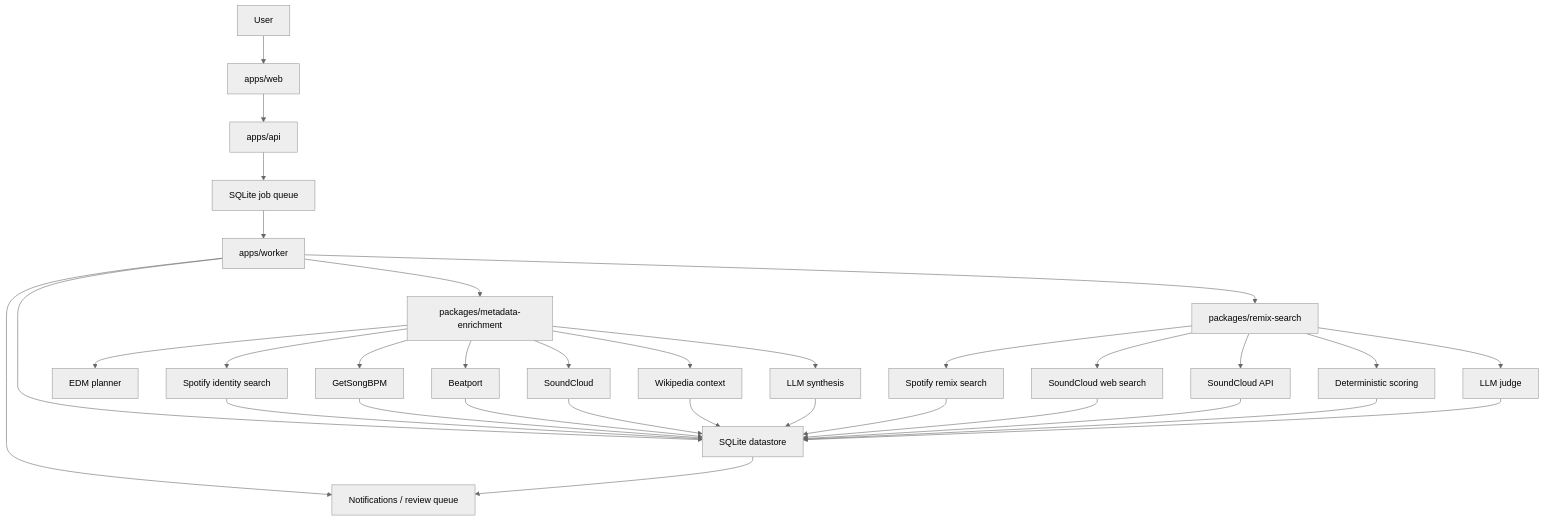
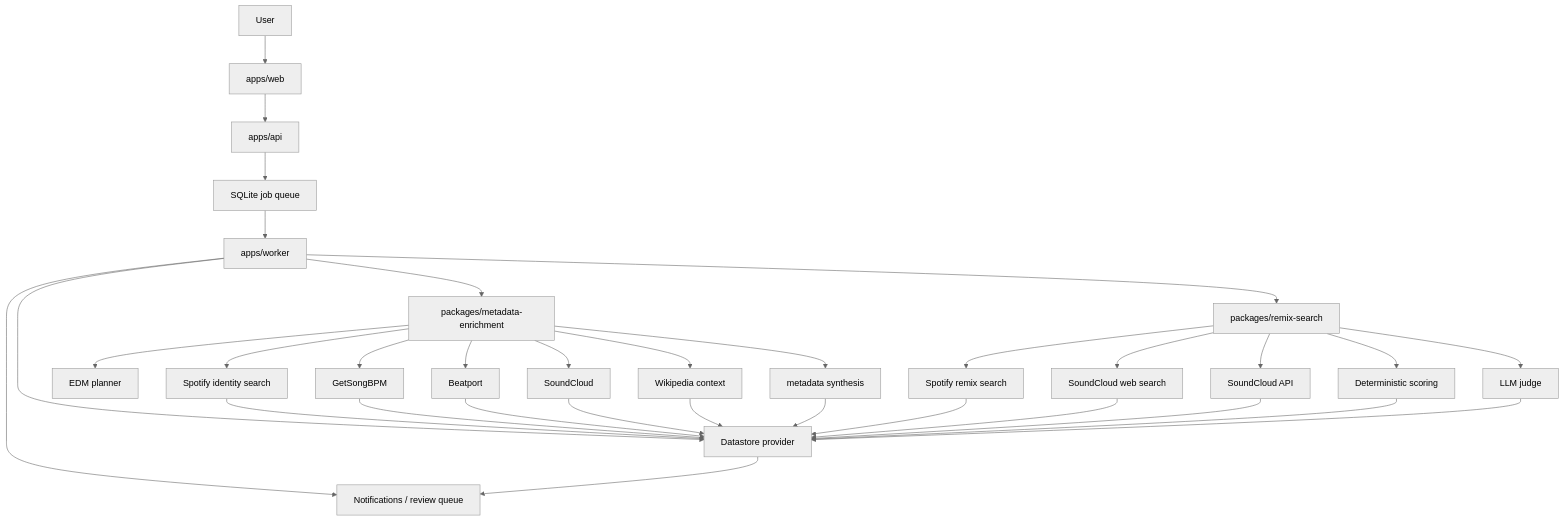
Before and after one commit to itaisinai/track-lab: the diagram in docs/system-architecture.md, drawn with Mermaid (neutral theme). The commit also changed other lines of this file and 35 other files, not shown here.

````diff
--- a/docs/system-architecture.md
+++ b/docs/system-architecture.md
@@ -5,41 +5,41 @@
 ```mermaid
 flowchart TD
   U[User] --> W[apps/web]
   W --> A[apps/api]
   A --> Q[SQLite job queue]
   Q --> R[apps/worker]
-  R --> D[SQLite datastore]
+  R --> D[Datastore provider]
 
   R --> P1[packages/metadata-enrichment]
   R --> P2[packages/remix-search]
 
   P1 --> S1[Spotify identity search]
   P1 --> S2[GetSongBPM]
   P1 --> S3[EDM planner]
   P1 --> S4[Beatport]
   P1 --> S5[SoundCloud]
   P1 --> S6[Wikipedia context]
-  P1 --> S7[LLM synthesis]
+  P1 --> S7[metadata synthesis]
 
   P2 --> T1[Spotify remix search]
   P2 --> T2[SoundCloud web search]
   P2 --> T3[SoundCloud API]
   P2 --> T4[Deterministic scoring]
   P2 --> T5[LLM judge]
 
   R --> N[Notifications / review queue]
   D --> N
 
   S1 --> D
   S2 --> D
   S4 --> D
   S5 --> D
   S6 --> D
   S7 --> D
 
   T1 --> D
   T2 --> D
   T3 --> D
   T4 --> D
   T5 --> D
 ```
````
